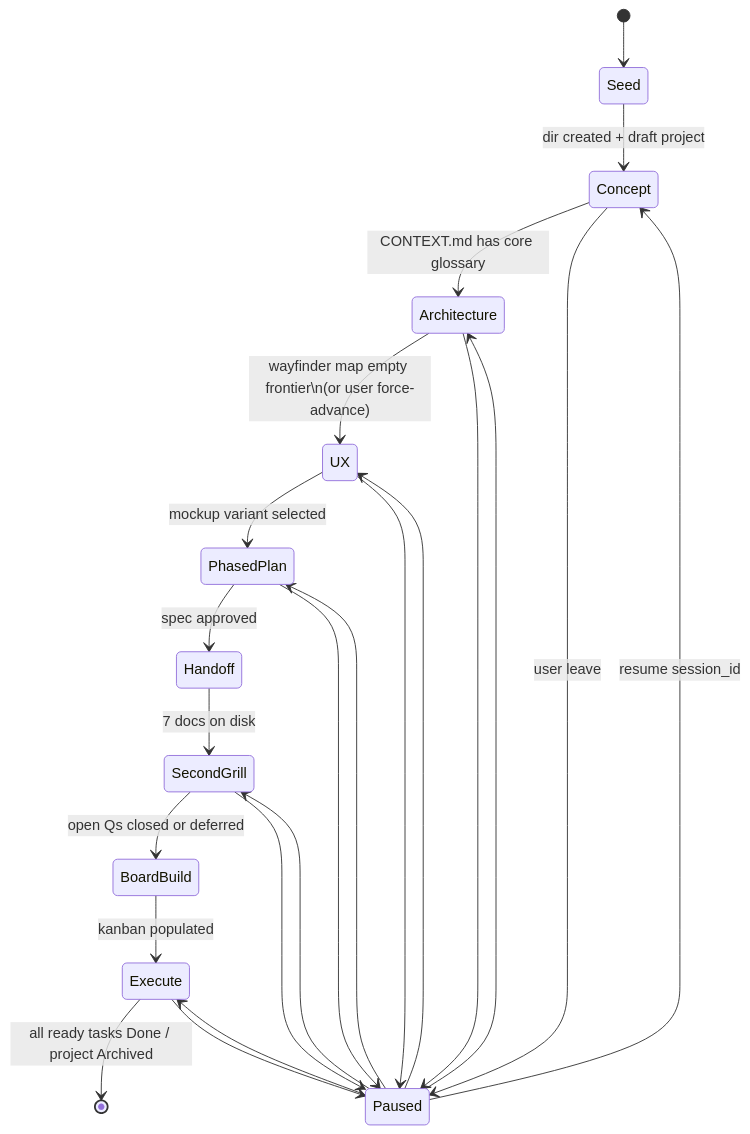
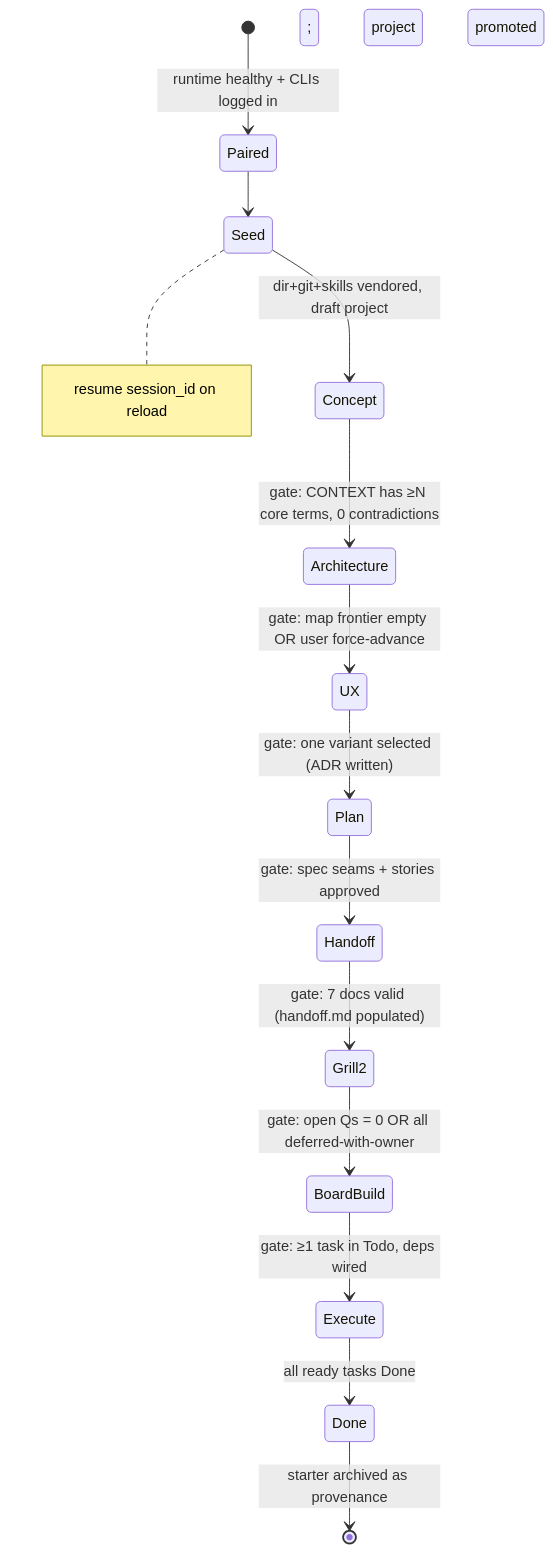
One commit to Jpk0512/nexus-task-tracker changed the second of 7 diagrams in docs/design/PROJECT-STARTER-FEATURE.md. Above: the diagram before and after it, drawn with Mermaid. The commit also changed other lines of this file and 12 other files, not shown here.

First line of the commit message:
docs: FEAT-003 Project Starter REV 2 — reviewed, gaps fixed, UI deepened

````diff
--- a/docs/design/PROJECT-STARTER-FEATURE.md
+++ b/docs/design/PROJECT-STARTER-FEATURE.md
@@ -118,26 +126,16 @@
 ```mermaid
 stateDiagram-v2
-  [*] --> Seed
-  Seed --> Concept: dir created + draft project
-  Concept --> Architecture: CONTEXT.md has core glossary
-  Architecture --> UX: wayfinder map empty frontier\n(or user force-advance)
-  UX --> PhasedPlan: mockup variant selected
-  PhasedPlan --> Handoff: spec approved
-  Handoff --> SecondGrill: 7 docs on disk
-  SecondGrill --> BoardBuild: open Qs closed or deferred
-  BoardBuild --> Execute: kanban populated
-  Execute --> [*]: all ready tasks Done / project Archived
-
-  Concept --> Paused: user leave
-  Architecture --> Paused
-  UX --> Paused
-  PhasedPlan --> Paused
-  SecondGrill --> Paused
-  Execute --> Paused
-  Paused --> Concept: resume session_id
-  Paused --> Architecture
-  Paused --> UX
-  Paused --> PhasedPlan
-  Paused --> SecondGrill
-  Paused --> Execute
+  [*] --> Paired: runtime healthy + CLIs logged in
+  Paired --> Seed
+  Seed --> Concept: dir+git+skills vendored, draft project
+  Concept --> Architecture: gate: CONTEXT has ≥N core terms, 0 contradictions
+  Architecture --> UX: gate: map frontier empty OR user force-advance
+  UX --> Plan: gate: one variant selected (ADR written)
+  Plan --> Handoff: gate: spec seams + stories approved
+  Handoff --> Grill2: gate: 7 docs valid (handoff.md populated)
+  Grill2 --> BoardBuild: gate: open Qs = 0 OR all deferred-with-owner
+  BoardBuild --> Execute: gate: ≥1 task in Todo, deps wired
+  Execute --> Done: all ready tasks Done
+  Done --> [*]: starter archived as provenance; project promoted
+  note right of Seed: resume session_id on reload
 ```
````
